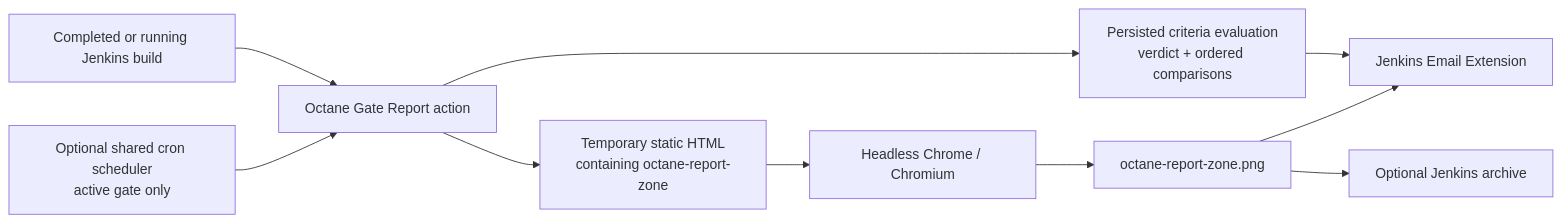
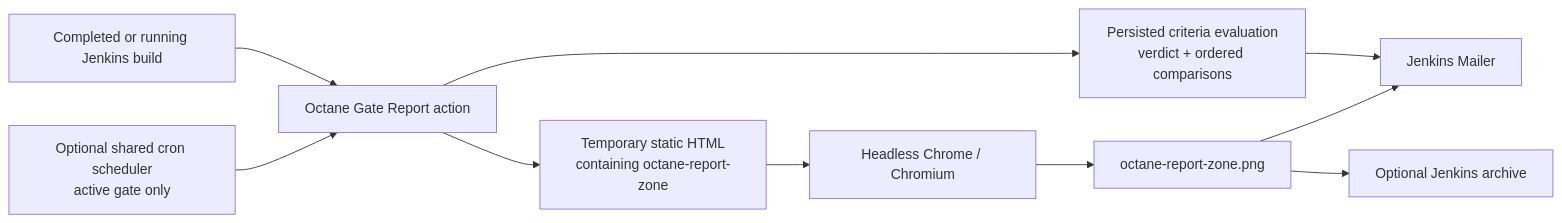
One commit to Crustacean/octanePlugin changed the fourth of 4 diagrams in ARCHITECTURE.md. Above: the diagram before and after it, drawn with Mermaid. The commit also changed other lines of this file and 13 other files, not shown here.

````diff
--- a/ARCHITECTURE.md
+++ b/ARCHITECTURE.md
@@ -543,19 +543,19 @@
 ```mermaid
 flowchart LR
   Build["Completed or running Jenkins build"]
   Cron["Optional shared cron scheduler\nactive gate only"]
   Action["Octane Gate Report action"]
   Evaluation["Persisted criteria evaluation\nverdict + ordered comparisons"]
   Html["Temporary static HTML\ncontaining octane-report-zone"]
   Chrome["Headless Chrome / Chromium"]
   Png["octane-report-zone.png"]
   Archive["Optional Jenkins archive"]
-  Mail["Jenkins Email Extension"]
+  Mail["Jenkins Mailer"]
 
   Build --> Action --> Evaluation
   Cron --> Action
   Action --> Html --> Chrome --> Png
   Evaluation --> Mail
   Png --> Archive
   Png --> Mail
 ```
````
